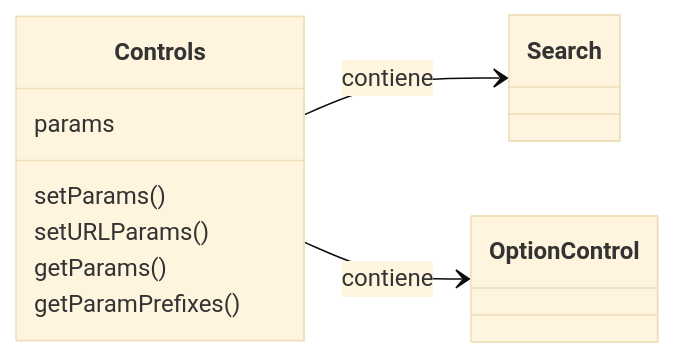
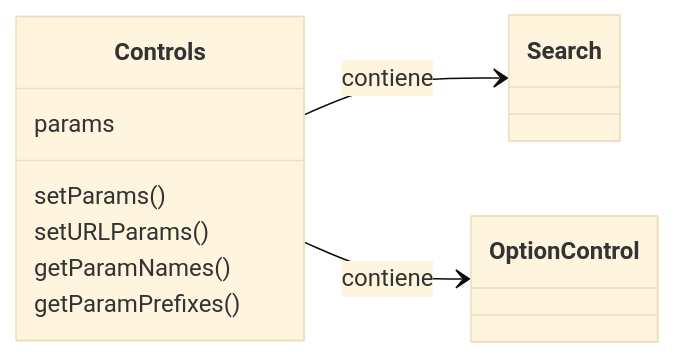
One commit to rodrigodomingorena/para-el-readme changed the diagram in README.md. Above: the diagram before and after it, drawn with Mermaid (base theme). The commit also changed other lines of this file, not shown here.

````diff
--- a/README.md
+++ b/README.md
@@ -183,14 +183,14 @@
    ```mermaid
    classDiagram
     direction LR
     class Controls {
         params
         setParams()
         setURLParams()
-        getParams()
+        getParamNames()
         getParamPrefixes()
     }
 
     Controls --> Search : contiene
     Controls --> OptionControl : contiene
    ```
````
